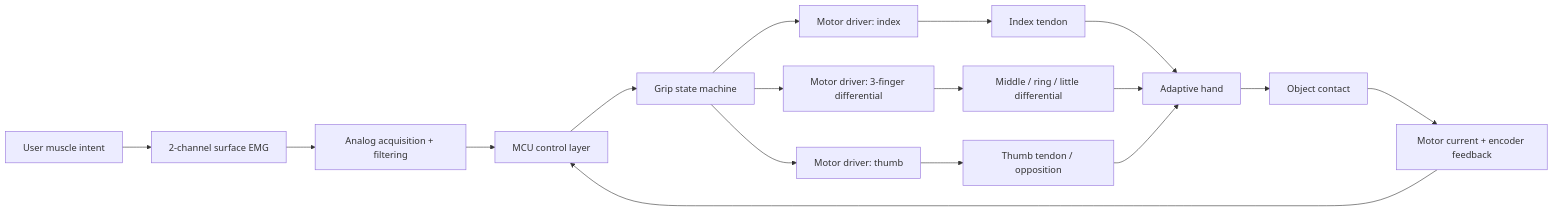
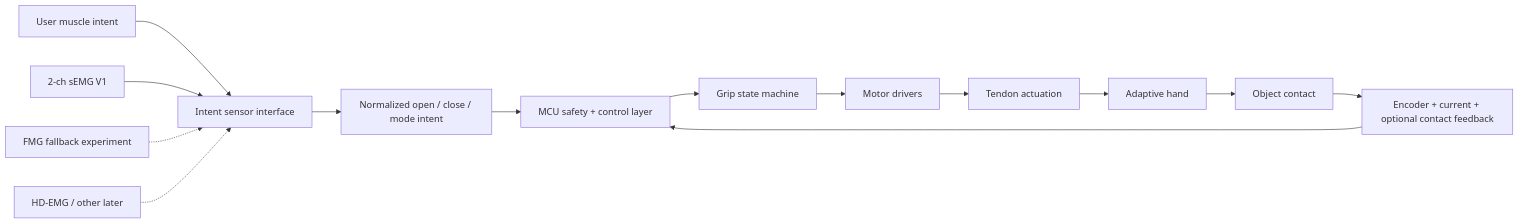
Before and after one commit to heisqasim/Robotic-Arm-Hand: the first of 2 diagrams in docs/ARCHITECTURE.md, drawn with Mermaid. The commit also changed other lines of this file, not shown here.

Commit message:
Make system architecture sensor-agnostic and fault-releasable

````diff
--- a/docs/ARCHITECTURE.md
+++ b/docs/ARCHITECTURE.md
@@ -5,19 +7,17 @@
 ```mermaid
 flowchart LR
-    U[User muscle intent] --> E[2-channel surface EMG]
-    E --> A[Analog acquisition + filtering]
-    A --> C[MCU control layer]
+    U[User muscle intent] --> SI[Intent sensor interface]
+    SI --> N[Normalized open / close / mode intent]
+    N --> C[MCU safety + control layer]
     C --> S[Grip state machine]
-    S --> D1[Motor driver: index]
-    S --> D2[Motor driver: 3-finger differential]
-    S --> D3[Motor driver: thumb]
-    D1 --> M1[Index tendon]
-    D2 --> M2[Middle / ring / little differential]
-    D3 --> M3[Thumb tendon / opposition]
-    M1 --> H[Adaptive hand]
-    M2 --> H
-    M3 --> H
+    S --> D[Motor drivers]
+    D --> M[Tendon actuation]
+    M --> H[Adaptive hand]
     H --> F[Object contact]
-    F --> CS[Motor current + encoder feedback]
-    CS --> C
+    F --> FB[Encoder + current + optional contact feedback]
+    FB --> C
+
+    EMG[2-ch sEMG V1] --> SI
+    FMG[FMG fallback experiment] -.-> SI
+    HD[HD-EMG / other later] -.-> SI
 ```
````
